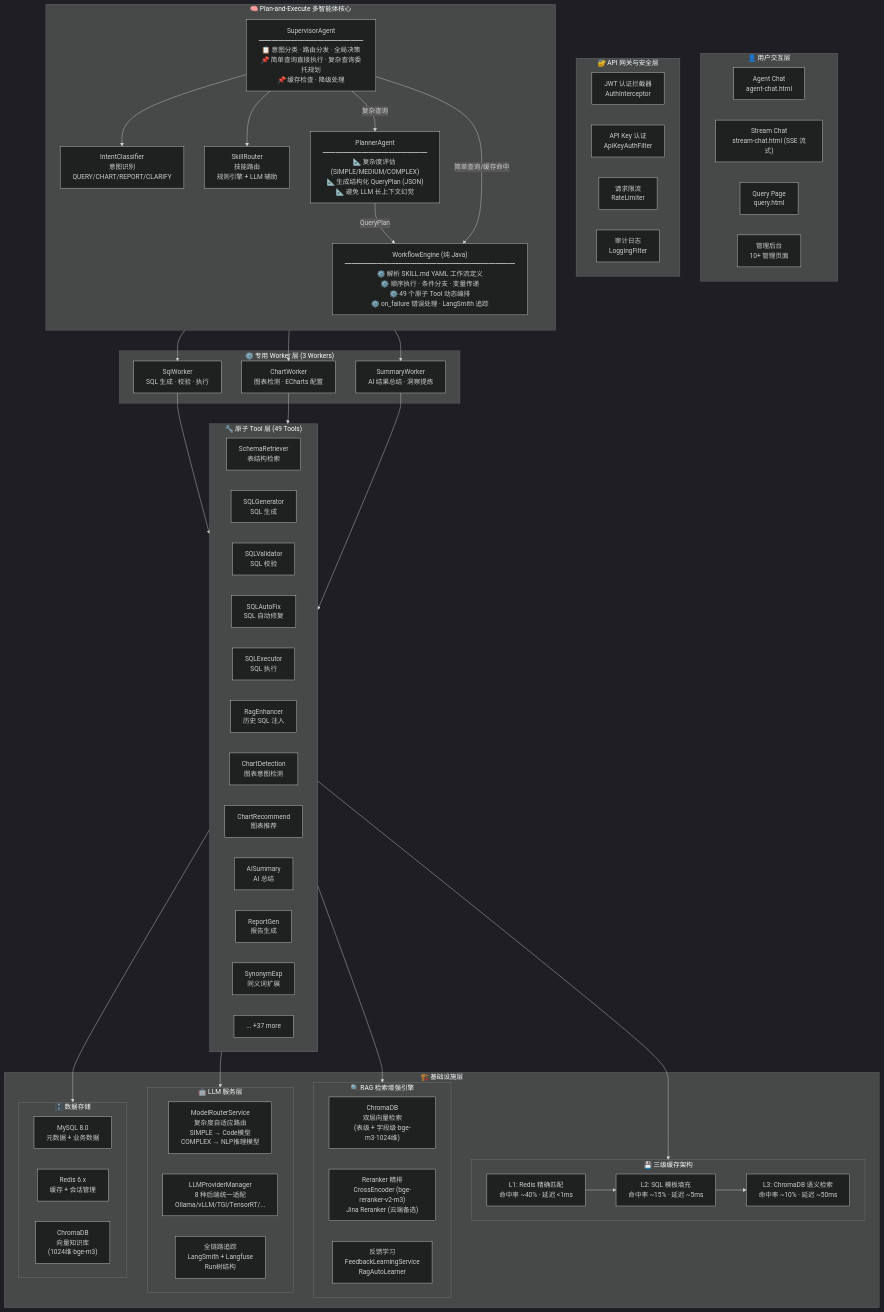
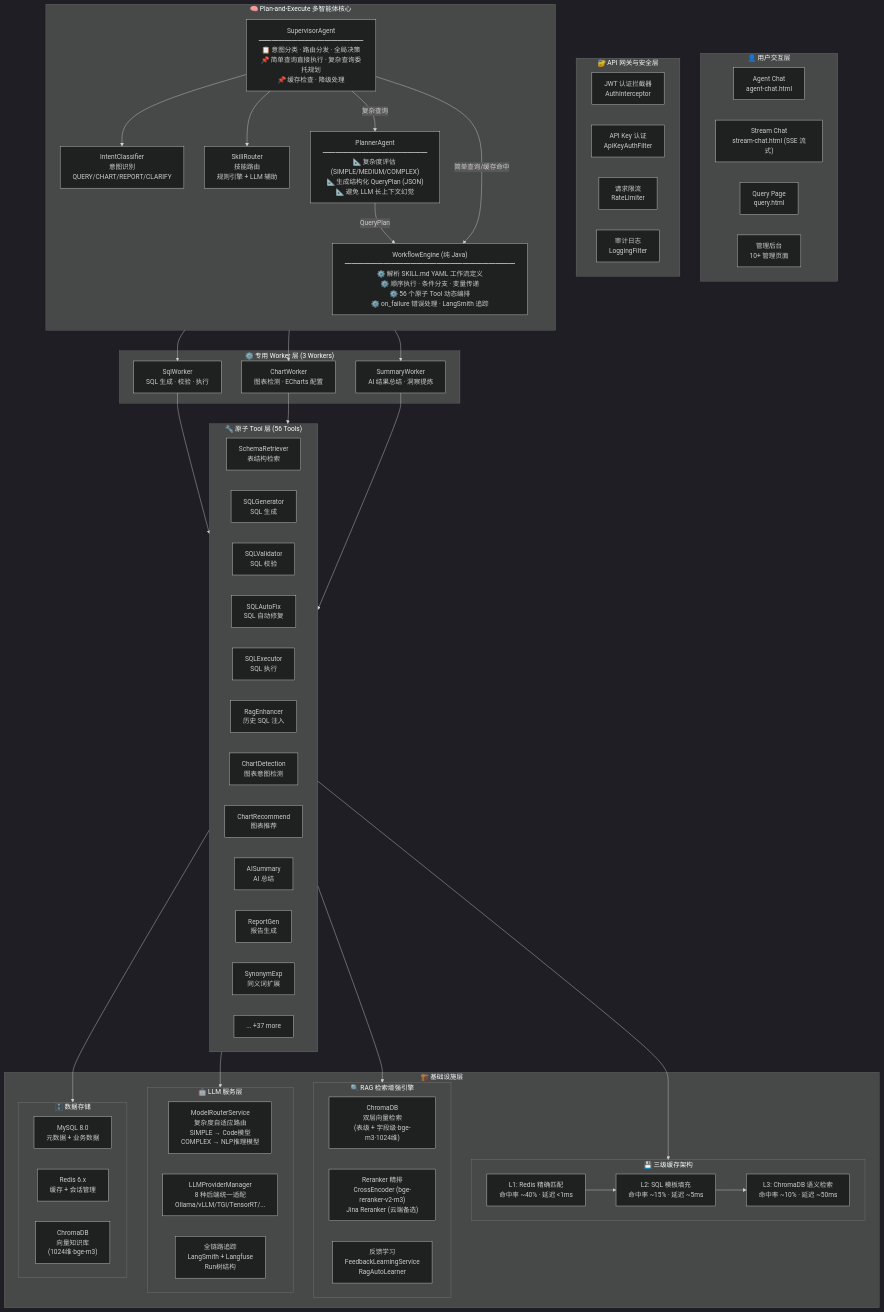
The first of 16 diagrams in README.md (myskyfire/NL2Sql), drawn with Mermaid (dark theme) before and after one commit. The commit also changed other lines of this file and 39 other files, not shown here.

```diff
--- a/README.md
+++ b/README.md
@@ -155,7 +155,7 @@
         
         Planner["PlannerAgent<br/>━━━━━━━━━━━━━━━━<br/>📐 复杂度评估 (SIMPLE/MEDIUM/COMPLEX)<br/>📐 生成结构化 QueryPlan (JSON)<br/>📐 避免 LLM 长上下文幻觉"]
         
-        WorkflowEngine["WorkflowEngine (纯 Java)<br/>━━━━━━━━━━━━━━━━━━━━━━━━━━<br/>⚙️ 解析 SKILL.md YAML 工作流定义<br/>⚙️ 顺序执行 · 条件分支 · 变量传递<br/>⚙️ 49 个原子 Tool 动态编排<br/>⚙️ on_failure 错误处理 · LangSmith 追踪"]
+        WorkflowEngine["WorkflowEngine (纯 Java)<br/>━━━━━━━━━━━━━━━━━━━━━━━━━━<br/>⚙️ 解析 SKILL.md YAML 工作流定义<br/>⚙️ 顺序执行 · 条件分支 · 变量传递<br/>⚙️ 56 个原子 Tool 动态编排<br/>⚙️ on_failure 错误处理 · LangSmith 追踪"]
 
         Supervisor --> IntentClassifier
         Supervisor --> SkillRouter
@@ -174,7 +174,7 @@
     WorkflowEngine --> ChartWorker
     WorkflowEngine --> SummaryWorker
 
-    subgraph Tool层["🔧 原子 Tool 层 (49 Tools)"]
+    subgraph Tool层["🔧 原子 Tool 层 (56 Tools)"]
         direction LR
         T1["SchemaRetriever<br/>表结构检索"]
         T2["SQLGenerator<br/>SQL 生成"]
```
